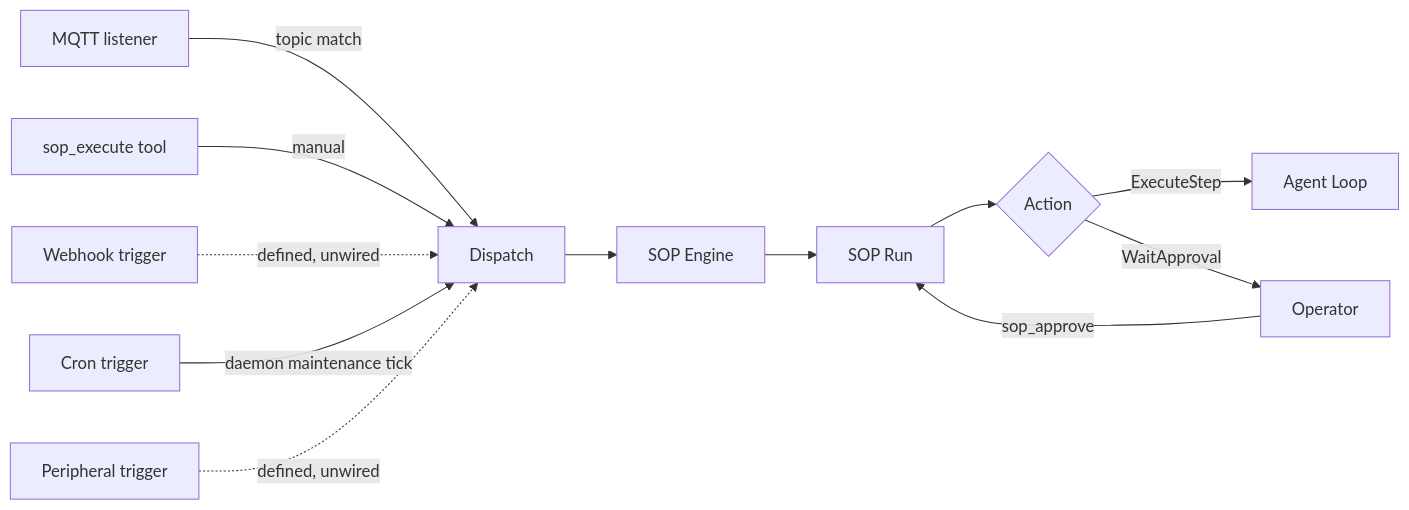
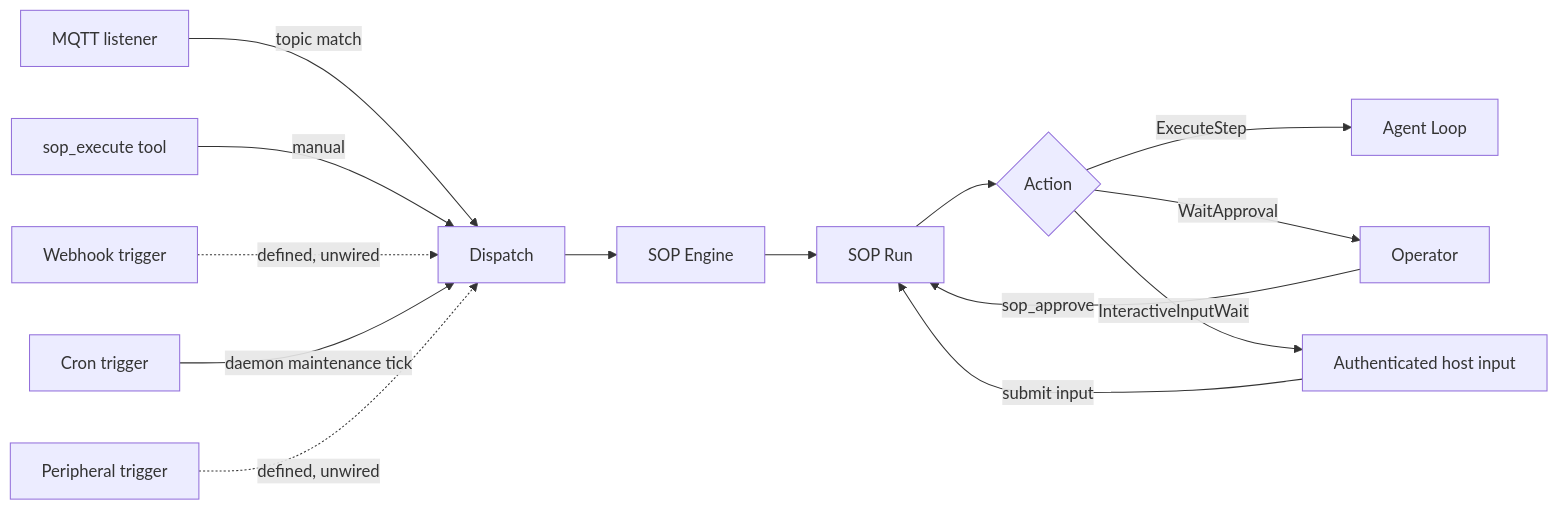
One commit to JordanTheJet/zeroclaw changed the diagram in docs/book/src/sop/how-it-works.md. Above: the diagram before and after it, drawn with Mermaid. The commit also changed other lines of this file and 15 other files, not shown here.

First line of the commit message:
feat(sop): add authenticated interactive input waits

````diff
--- a/docs/book/src/sop/how-it-works.md
+++ b/docs/book/src/sop/how-it-works.md
@@ -16,15 +16,17 @@
 ```mermaid
 graph LR
     MQTT[MQTT listener] -->|topic match| Dispatch
     TOOL[sop_execute tool] -->|manual| Dispatch
     WH[Webhook trigger] -.->|defined, unwired| Dispatch
     CRON[Cron trigger] -->|daemon maintenance tick| Dispatch
     GPIO[Peripheral trigger] -.->|defined, unwired| Dispatch
 
     Dispatch --> Engine[SOP Engine]
     Engine --> Run[SOP Run]
     Run --> Action{Action}
     Action -->|ExecuteStep| Agent[Agent Loop]
     Action -->|WaitApproval| Human[Operator]
+    Action -->|InteractiveInputWait| TrustedHost[Authenticated host input]
     Human -->|sop_approve| Run
+    TrustedHost -->|submit input| Run
 ```
````
